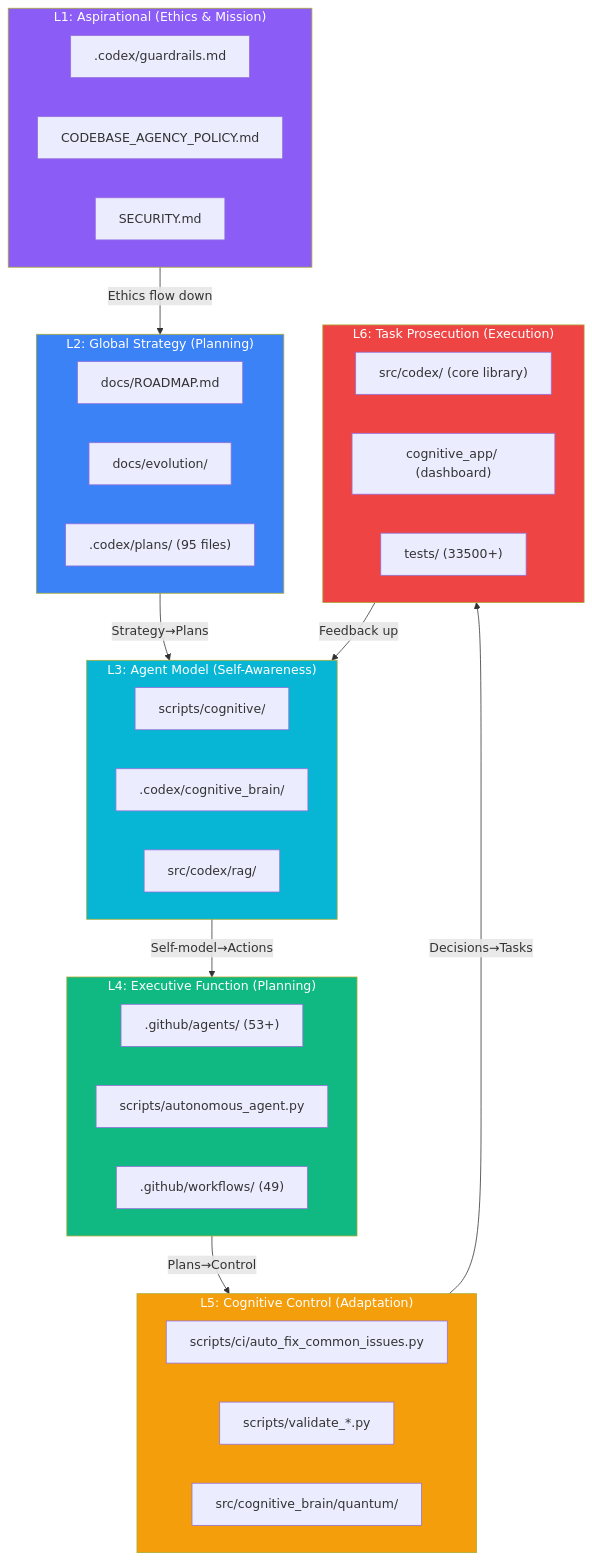
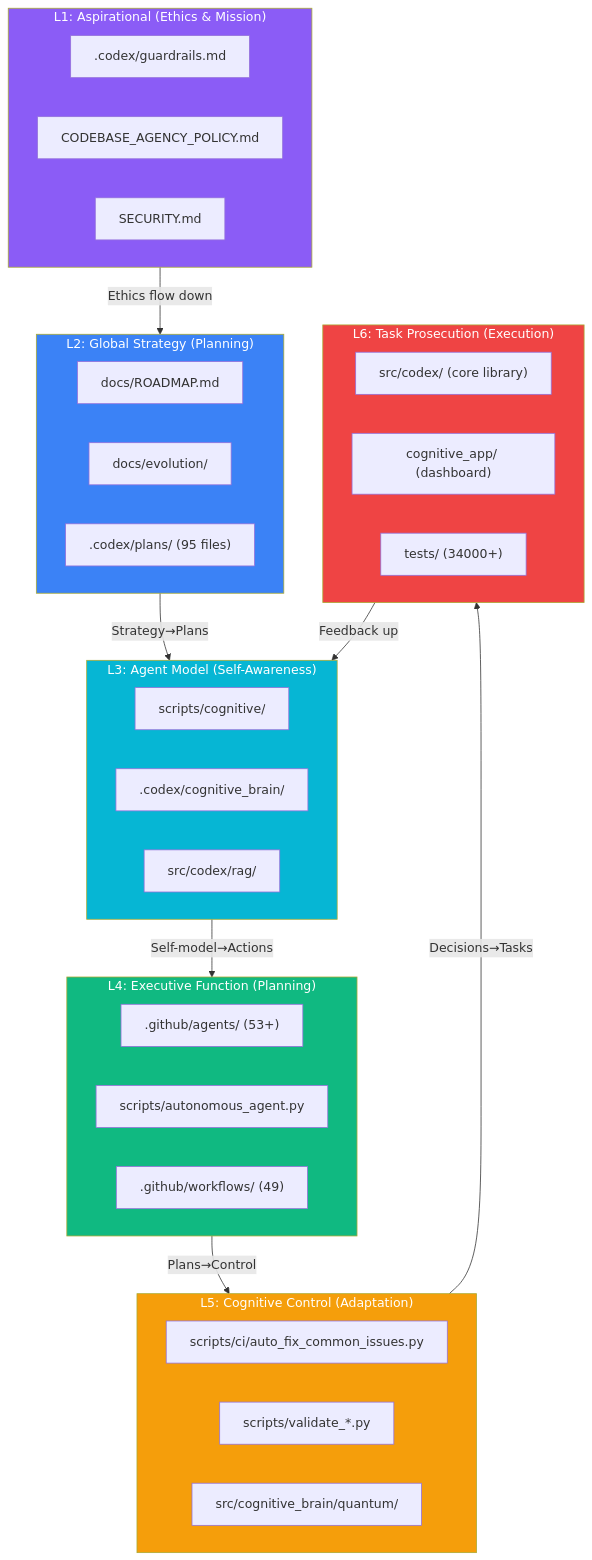
The diagram in docs/evolution/COGNITIVE_CODEBASE_MAP.md (Aries-Serpent/_codex_), drawn with Mermaid before and after one commit. The commit also changed 13 other files, not shown here.

````diff
--- a/docs/evolution/COGNITIVE_CODEBASE_MAP.md
+++ b/docs/evolution/COGNITIVE_CODEBASE_MAP.md
@@ -12,53 +12,53 @@
 ```mermaid
 %%{init: {'accessibility': {'title': 'Flowchart showing "L1: Aspirational (Ethics & Mission)", ".codex/guardrails.md"'}}%%
 graph TD
     subgraph L1["L1: Aspirational (Ethics & Mission)"]
         E1[".codex/guardrails.md"]
         E2["CODEBASE_AGENCY_POLICY.md"]
         E3["SECURITY.md"]
     end
 
     subgraph L2["L2: Global Strategy (Planning)"]
         S1["docs/ROADMAP.md"]
         S2["docs/evolution/"]
         S3[".codex/plans/ (95 files)"]
     end
 
     subgraph L3["L3: Agent Model (Self-Awareness)"]
         M1["scripts/cognitive/"]
         M2[".codex/cognitive_brain/"]
         M3["src/codex/rag/"]
     end
 
     subgraph L4["L4: Executive Function (Planning)"]
         X1[".github/agents/ (53+)"]
         X2["scripts/autonomous_agent.py"]
         X3[".github/workflows/ (49)"]
     end
 
     subgraph L5["L5: Cognitive Control (Adaptation)"]
         C1["scripts/ci/auto_fix_common_issues.py"]
         C2["scripts/validate_*.py"]
         C3["src/cognitive_brain/quantum/"]
     end
 
     subgraph L6["L6: Task Prosecution (Execution)"]
         T1["src/codex/ (core library)"]
         T2["cognitive_app/ (dashboard)"]
-        T3["tests/ (33500+)"]
+        T3["tests/ (34000+)"]
     end
 
     L1 -->|"Ethics flow down"| L2
     L2 -->|"Strategy→Plans"| L3
     L3 -->|"Self-model→Actions"| L4
     L4 -->|"Plans→Control"| L5
     L5 -->|"Decisions→Tasks"| L6
     L6 -->|"Feedback up"| L3
 
     style L1 fill:#8b5cf6,color:#fff
     style L2 fill:#3b82f6,color:#fff
     style L3 fill:#06b6d4,color:#fff
     style L4 fill:#10b981,color:#fff
     style L5 fill:#f59e0b,color:#fff
     style L6 fill:#ef4444,color:#fff
 ```
````
